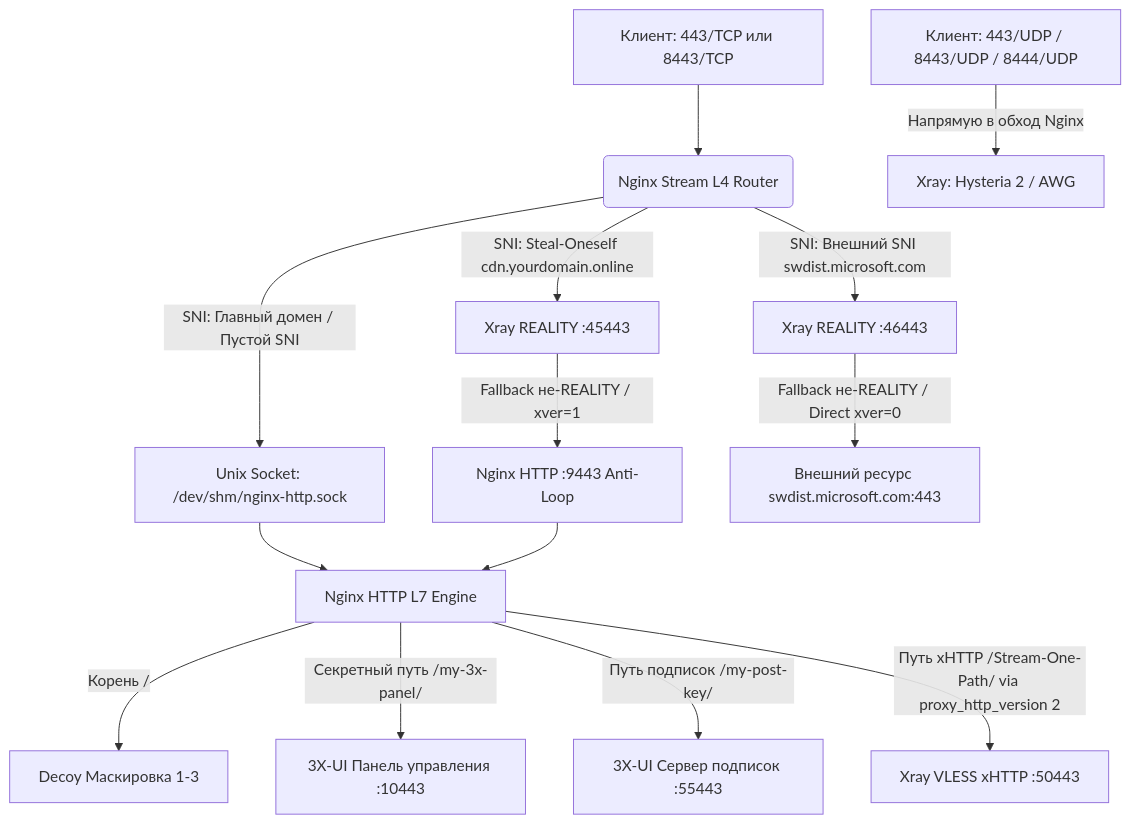
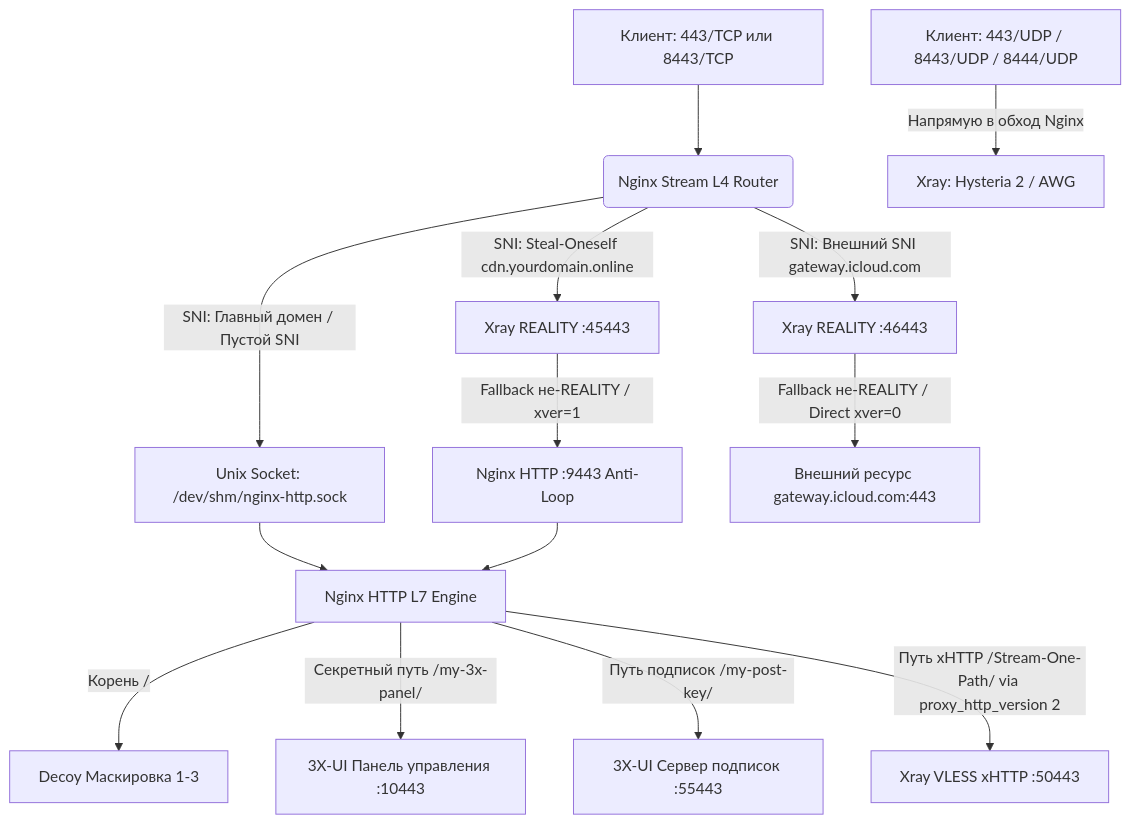
One commit to torrua/Nginx-L4-Stream-Router-Mask-for-3x-ui changed the diagram in README.md. Above: the diagram before and after it, drawn with Mermaid. The commit also changed other lines of this file and 1 other file, not shown here.

First line of the commit message:
fix(stream): fix L4 routing collision for steal-oneself and replace dead swdist SNI

````diff
--- a/README.md
+++ b/README.md
@@ -61,20 +61,20 @@
 ```mermaid
 graph TD
     Client443TCP[Клиент: 443/TCP или 8443/TCP] --> NginxStream(Nginx Stream L4 Router)
     Client443UDP[Клиент: 443/UDP / 8443/UDP / 8444/UDP] -->|Напрямую в обход Nginx| XrayHysteria[Xray: Hysteria 2 / AWG]
 
     NginxStream -->|SNI: Главный домен / Пустой SNI| NginxSock[Unix Socket: /dev/shm/nginx-http.sock]
     NginxStream -->|SNI: Steal-Oneself cdn.yourdomain.online| XrayStealREALITY[Xray REALITY :45443]
-    NginxStream -->|SNI: Внешний SNI swdist.microsoft.com| XrayClassicREALITY[Xray REALITY :46443]
+    NginxStream -->|SNI: Внешний SNI gateway.icloud.com| XrayClassicREALITY[Xray REALITY :46443]
 
     XrayStealREALITY -->|Fallback не-REALITY / xver=1| NginxFallbackHTTP[Nginx HTTP :9443 Anti-Loop]
-    XrayClassicREALITY -->|Fallback не-REALITY / Direct xver=0| ExternalSite[Внешний ресурс swdist.microsoft.com:443]
+    XrayClassicREALITY -->|Fallback не-REALITY / Direct xver=0| ExternalSite[Внешний ресурс gateway.icloud.com:443]
 
     NginxSock --> NginxHTTPCore[Nginx HTTP L7 Engine]
     NginxFallbackHTTP --> NginxHTTPCore
 
     NginxHTTPCore -->|Корень /| DecoySite[Decoy Маскировка 1-3]
     NginxHTTPCore -->|Секретный путь /my-3x-panel/| Panel3X[3X-UI Панель управления :10443]
     NginxHTTPCore -->|Путь подписок /my-post-key/| PanelSub[3X-UI Сервер подписок :55443]
     NginxHTTPCore -->|Путь xHTTP /Stream-One-Path/ via proxy_http_version 2| XrayXHTTP[Xray VLESS xHTTP :50443]
 ```
````
